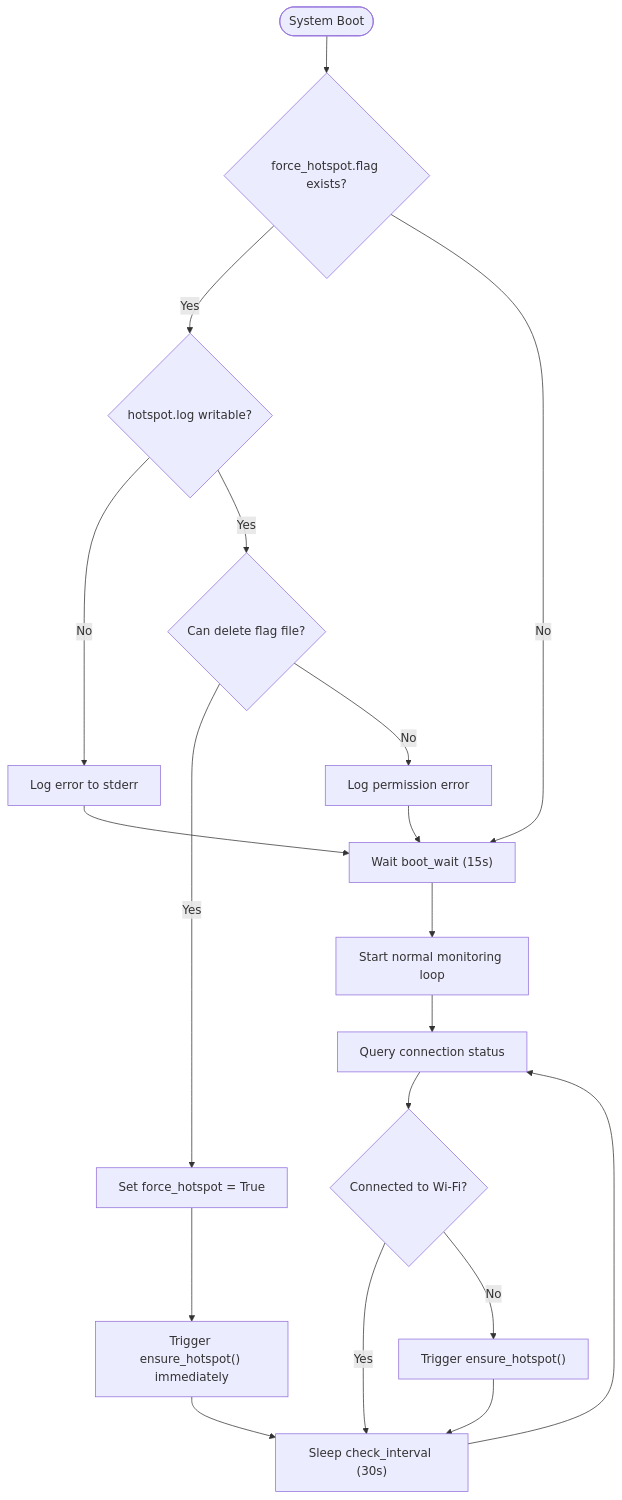
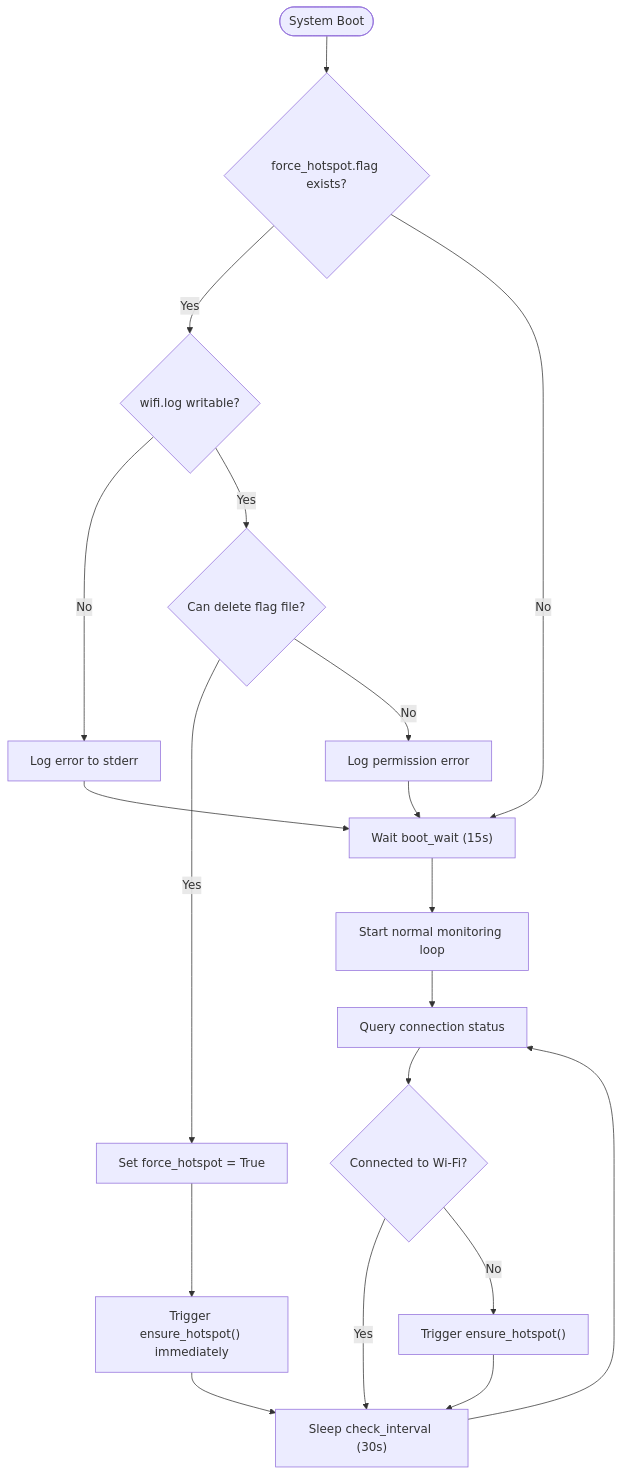
The second of 2 diagrams in README.md (salamanders/mecanum), drawn with Mermaid before and after one commit. The commit also changed other lines of this file and 3 other files, not shown here.

````diff
--- a/README.md
+++ b/README.md
@@ -85,22 +85,22 @@
 ```mermaid
 flowchart TD
     Start([System Boot]) --> CheckFlag{force_hotspot.flag exists?}
     
-    CheckFlag -- Yes --> CheckLog{hotspot.log writable?}
+    CheckFlag -- Yes --> CheckLog{wifi.log writable?}
     CheckLog -- No --> PrintErr["Log error to stderr"] --> BootWait["Wait boot_wait (15s)"]
     CheckLog -- Yes --> ConsumeFlag{Can delete flag file?}
     
     ConsumeFlag -- Yes --> ForceHotspot["Set force_hotspot = True"] --> ForceAP["Trigger ensure_hotspot() immediately"]
     ConsumeFlag -- No --> LogErr["Log permission error"] --> BootWait
     
     CheckFlag -- No --> BootWait
     
     BootWait --> NormalLoop["Start normal monitoring loop"]
     NormalLoop --> QueryStatus["Query connection status"]
     
     QueryStatus --> Connected{Connected to Wi-Fi?}
     Connected -- Yes --> LoopSleep["Sleep check_interval (30s)"] --> QueryStatus
     Connected -- No --> ActivateAP["Trigger ensure_hotspot()"] --> LoopSleep
     
     ForceAP --> LoopSleep
 ```
````
